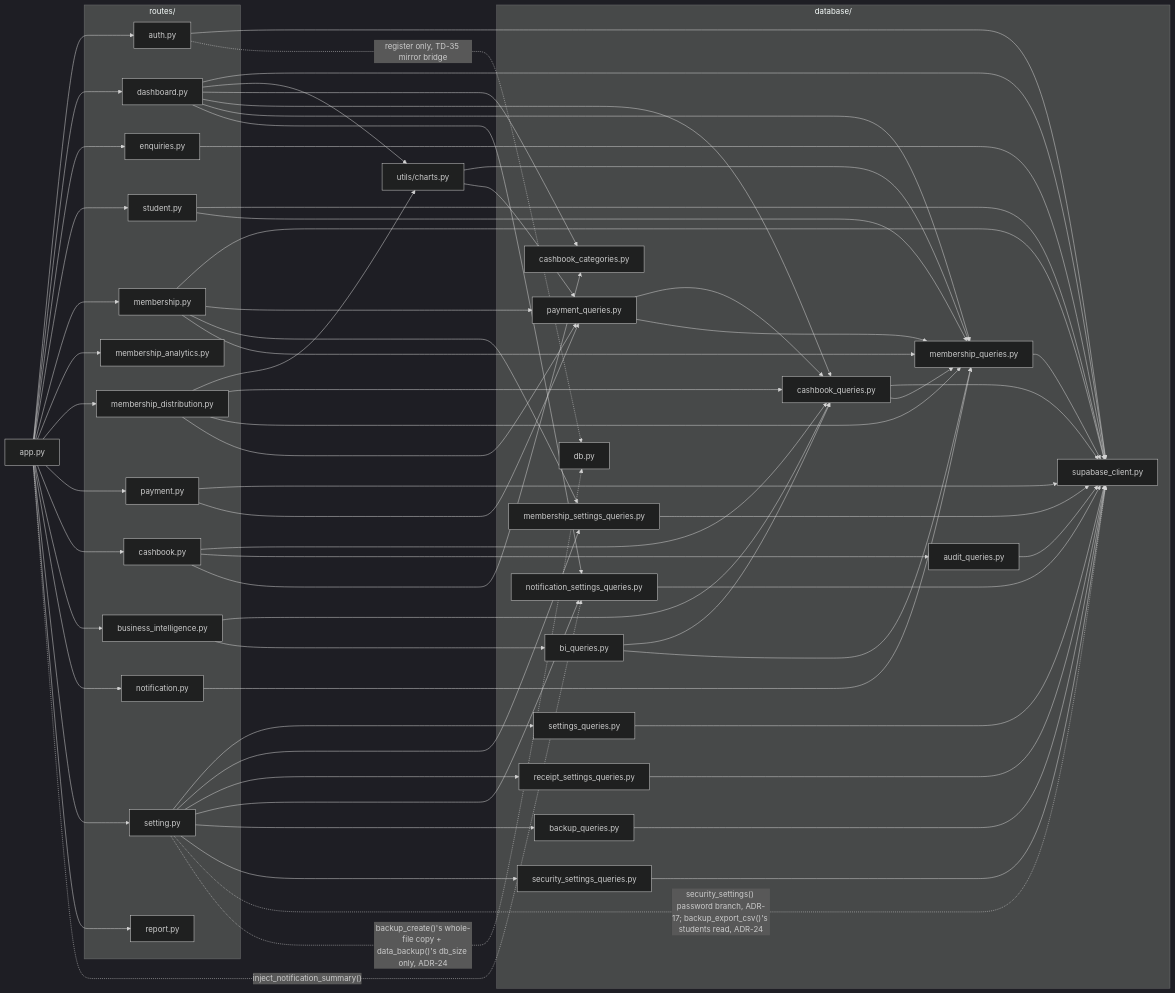
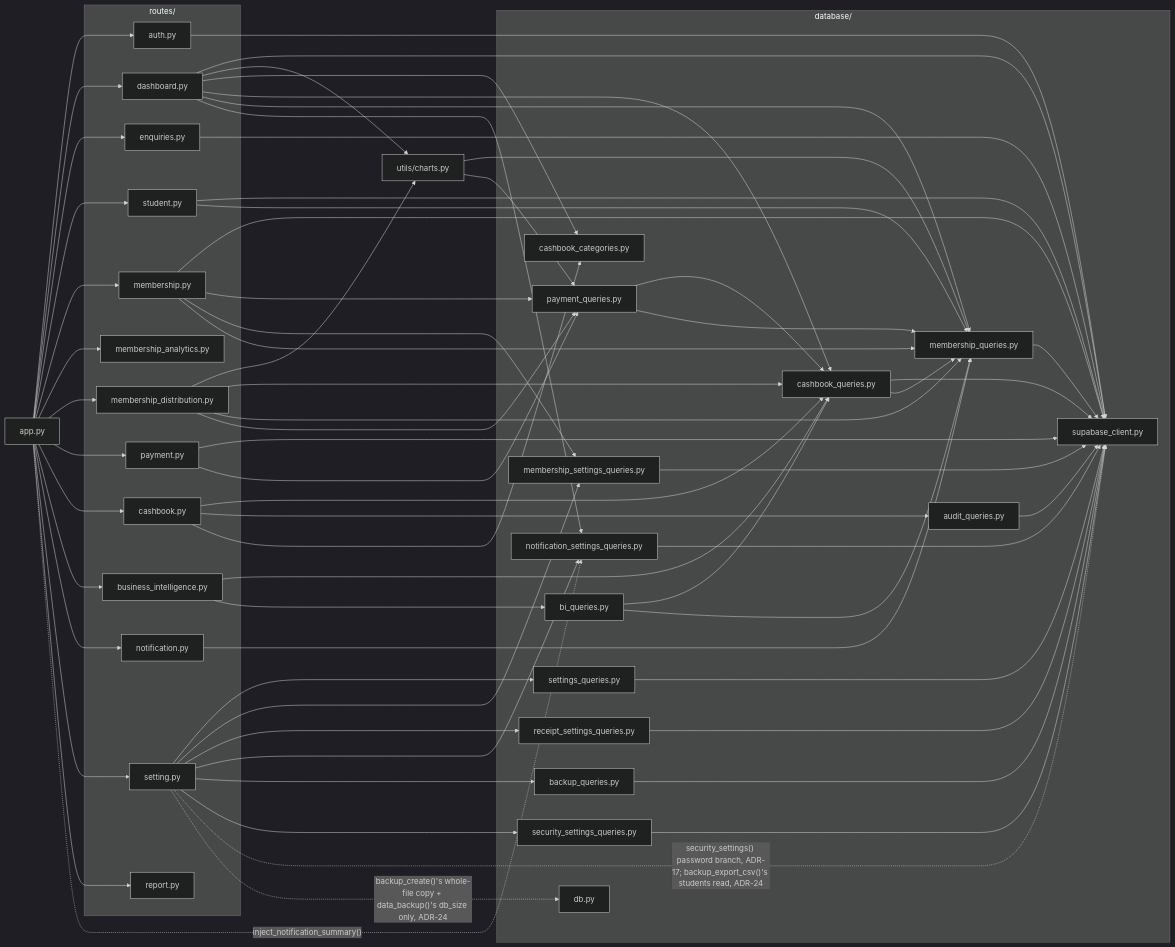
One commit to saloni-keshore/smart-library-management-system changed the fifth of 5 diagrams in docs/DIAGRAMS.md. Above: the diagram before and after it, drawn with Mermaid (dark theme). The commit also changed other lines of this file and 15 other files, not shown here.

First line of the commit message:
Remove admins SQLite mirror-insert bridge (Phase 10, seventh and final mirror/bridge removed)

```diff
--- a/docs/DIAGRAMS.md
+++ b/docs/DIAGRAMS.md
@@ -344,7 +344,6 @@
     app_py --> report_py
 
     auth_py --> supabase_client_py
-    auth_py -.->|register only, TD-35 mirror bridge| db_py
     dashboard_py --> supabase_client_py
     dashboard_py --> charts_py
     dashboard_py --> cashbook_categories_py
```
